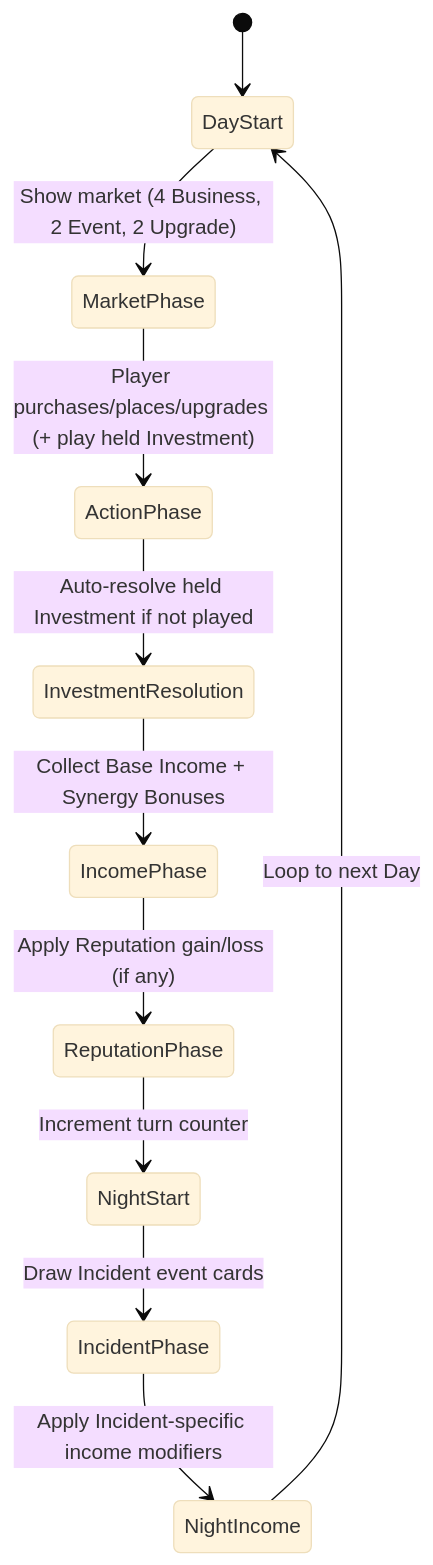
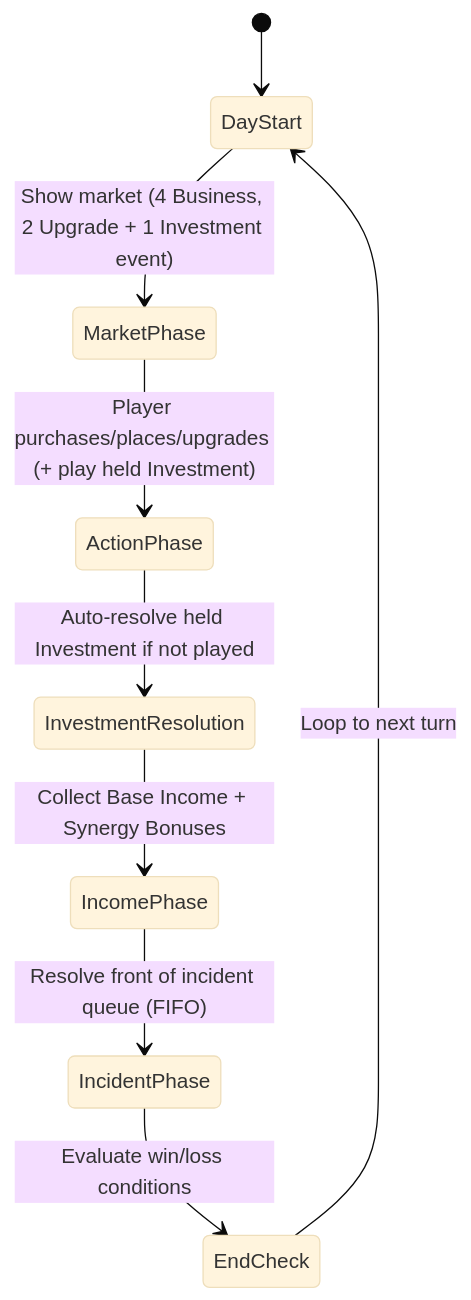
Before and after one commit to TheWizardsCode/Tableau-Card-Engine: the diagram in docs/main-street/the-build-gdd.md, drawn with Mermaid (base theme). The commit also changed other lines of this file and 4 other files, not shown here.

````diff
--- a/docs/main-street/the-build-gdd.md
+++ b/docs/main-street/the-build-gdd.md
@@ -150,13 +157,11 @@
 ```mermaid
 stateDiagram-v2
     [*] --> DayStart
-    DayStart --> MarketPhase: Show market (4 Business, 2 Event, 2 Upgrade)
+    DayStart --> MarketPhase: Show market (4 Business, 2 Upgrade + 1 Investment event)
     MarketPhase --> ActionPhase: Player purchases/places/upgrades (+ play held Investment)
     ActionPhase --> InvestmentResolution: Auto‑resolve held Investment if not played
     InvestmentResolution --> IncomePhase: Collect Base Income + Synergy Bonuses
-    IncomePhase --> ReputationPhase: Apply Reputation gain/loss (if any)
-    ReputationPhase --> NightStart: Increment turn counter
-    NightStart --> IncidentPhase: Draw Incident event cards
-    IncidentPhase --> NightIncome: Apply Incident‑specific income modifiers
-    NightIncome --> DayStart: Loop to next Day
+    IncomePhase --> IncidentPhase: Resolve front of incident queue (FIFO)
+    IncidentPhase --> EndCheck: Evaluate win/loss conditions
+    EndCheck --> DayStart: Loop to next turn
 ```
````
